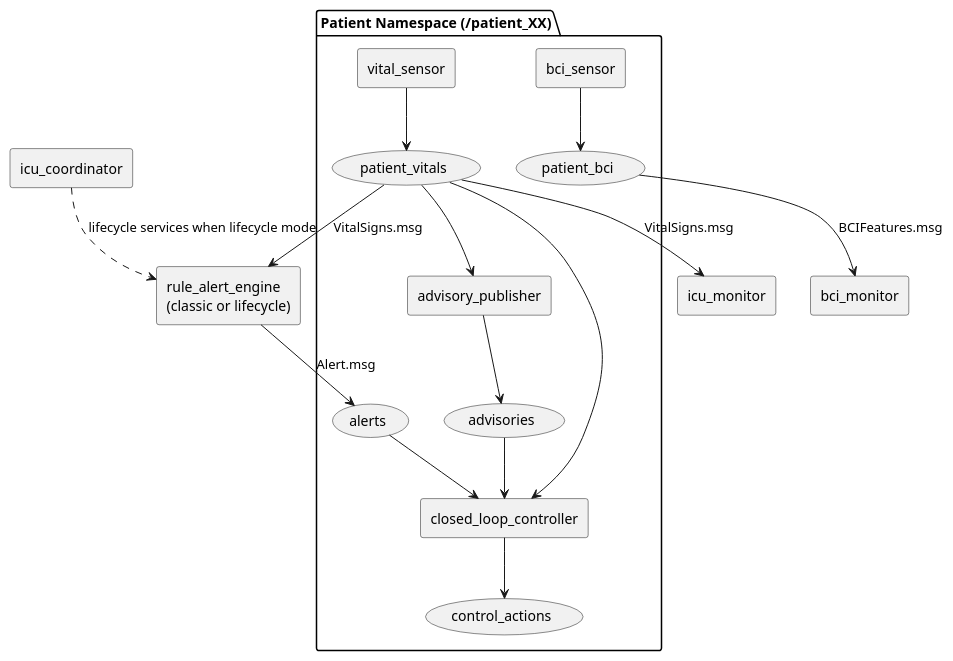
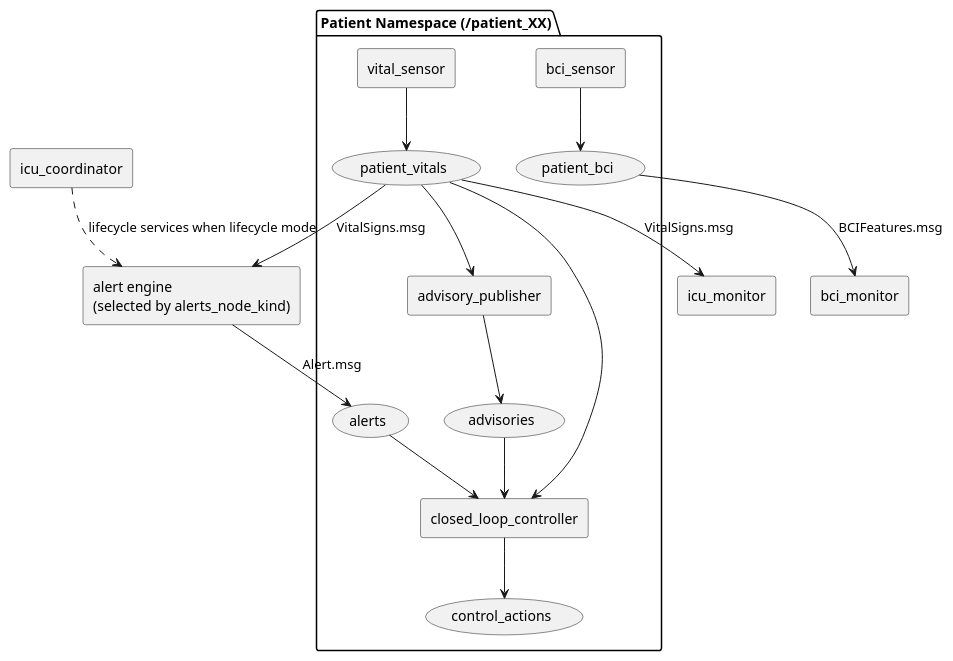
One commit to tukino/ros2-medical-physical-ai changed the diagram in README.md. Above: the diagram before and after it, drawn with PlantUML.

Commit message:
Clarify selected alert engine in README diagram

````diff
--- a/README.md
+++ b/README.md
@@ -38,32 +38,32 @@
 ```plantuml
 @startuml
 skinparam componentStyle rectangle
 
 package "Patient Namespace (/patient_XX)" {
   [vital_sensor]
   [bci_sensor]
   [advisory_publisher]
   [closed_loop_controller]
 
   [vital_sensor] --> (patient_vitals)
   [bci_sensor] --> (patient_bci)
   (patient_vitals) --> [advisory_publisher]
   (patient_vitals) --> [closed_loop_controller]
   (alerts) --> [closed_loop_controller]
   (advisories) --> [closed_loop_controller]
   [advisory_publisher] --> (advisories)
   [closed_loop_controller] --> (control_actions)
 }
 
 [icu_monitor]
 [bci_monitor]
-[rule_alert_engine\n(classic or lifecycle)] as alert_engine
+[alert engine\n(selected by alerts_node_kind)] as alert_engine
 [icu_coordinator]
 
 (patient_vitals) --> [icu_monitor] : VitalSigns.msg
 (patient_bci) --> [bci_monitor] : BCIFeatures.msg
 (patient_vitals) --> alert_engine : VitalSigns.msg
 alert_engine --> (alerts) : Alert.msg
 [icu_coordinator] ..> alert_engine : lifecycle services when lifecycle mode
 @enduml
 ```
````
